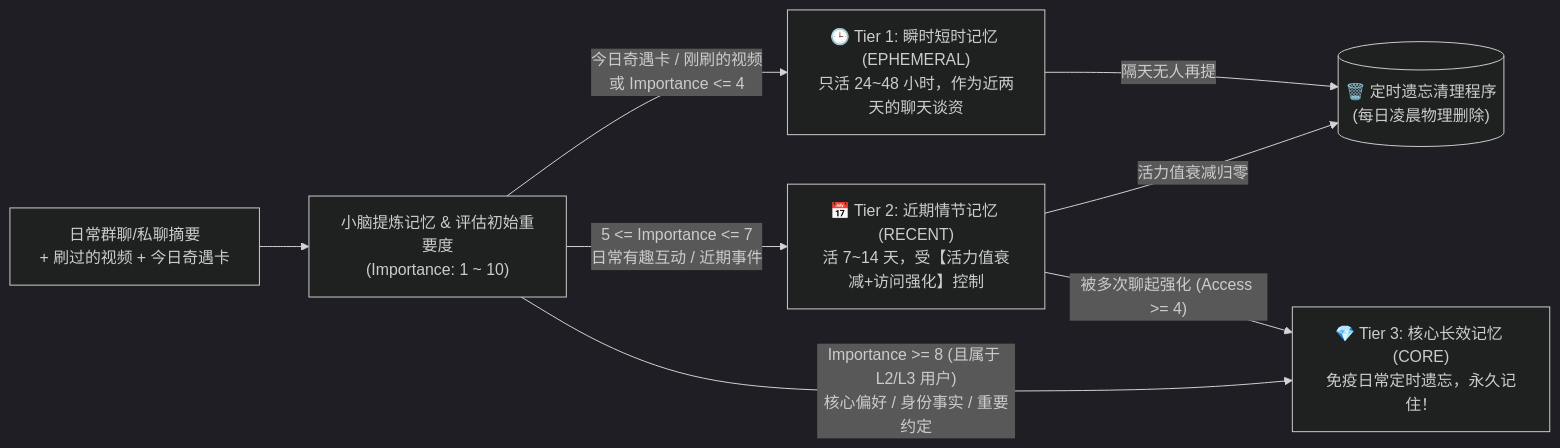
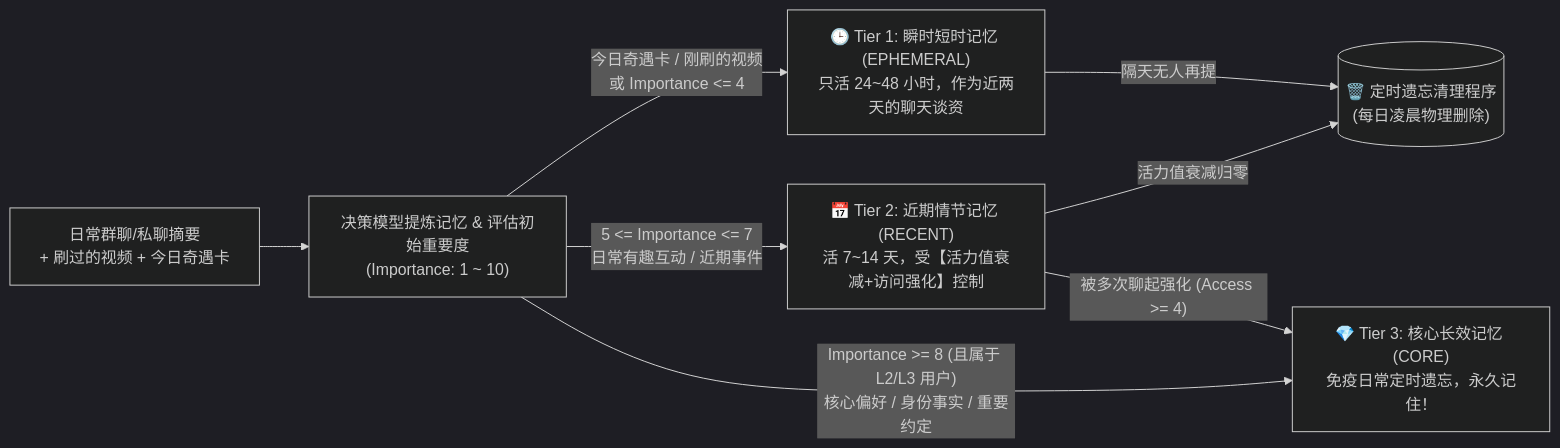
One commit to hidge123/astrbot_plugin_only_you changed the fourth of 5 diagrams in docs/PRD.md. Above: the diagram before and after it, drawn with Mermaid (dark theme). The commit also changed other lines of this file and 59 other files, not shown here.

````diff
--- a/docs/PRD.md
+++ b/docs/PRD.md
@@ -167,12 +167,12 @@
 ```mermaid
 flowchart LR
-    Input["日常群聊/私聊摘要\n+ 刷过的视频 + 今日奇遇卡"] --> Judge["小脑提炼记忆 & 评估初始重要度\n(Importance: 1 ~ 10)"]
+    Input["日常群聊/私聊摘要\n+ 刷过的视频 + 今日奇遇卡"] --> Judge["决策模型提炼记忆 & 评估初始重要度\n(Importance: 1 ~ 10)"]
     
     Judge -->|"今日奇遇卡 / 刚刷的视频\n或 Importance <= 4"| T1["🕒 Tier 1: 瞬时短时记忆 (EPHEMERAL)\n只活 24~48 小时，作为近两天的聊天谈资"]
     Judge -->|"5 <= Importance <= 7\n日常有趣互动 / 近期事件"| T2["📅 Tier 2: 近期情节记忆 (RECENT)\n活 7~14 天，受【活力值衰减+访问强化】控制"]
     Judge -->|"Importance >= 8 (且属于 L2/L3 用户)\n核心偏好 / 身份事实 / 重要约定"| T3["💎 Tier 3: 核心长效记忆 (CORE)\n免疫日常定时遗忘，永久记住！"]
 
     T1 -->|"隔天无人再提"| Trash[("🗑️ 定时遗忘清理程序\n(每日凌晨物理删除)")]
     T2 -->|"活力值衰减归零"| Trash
     T2 -->|"被多次聊起强化 (Access >= 4)"| T3
 ```
````
